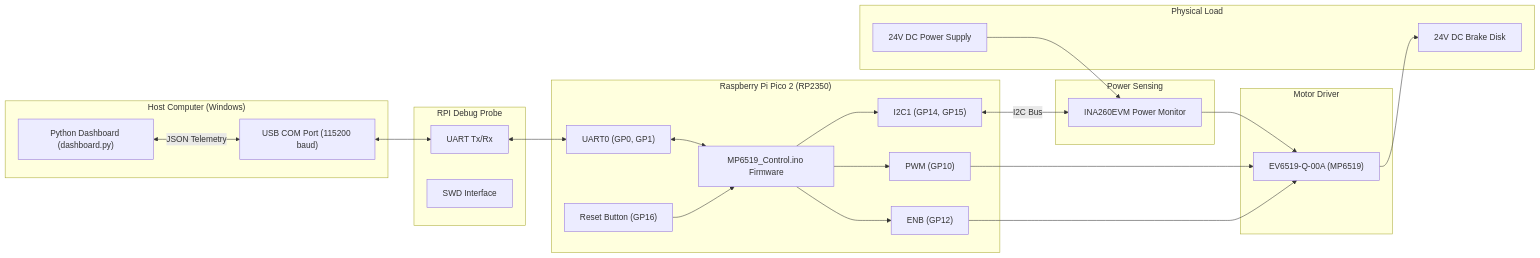
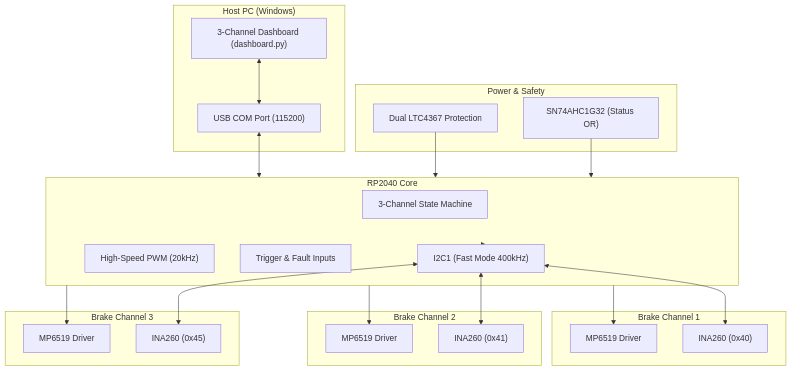
Before and after one commit to Karthick-Stratus/MP6519: the diagram in System_Architecture.md, drawn with Mermaid. The commit also changed other lines of this file and 6 other files, not shown here.

````diff
--- a/System_Architecture.md
+++ b/System_Architecture.md
@@ -8,50 +8,42 @@
 ```mermaid
-graph LR
-    subgraph PC["Host Computer (Windows)"]
-        GUI["Python Dashboard (dashboard.py)"]
-        Serial["USB COM Port (115200 baud)"]
-        GUI <-->|JSON Telemetry| Serial
+graph TD
+    subgraph Host["Host PC (Windows)"]
+        GUI["3-Channel Dashboard (dashboard.py)"]
+        Serial["USB COM Port (115200)"]
     end
 
-    subgraph Debugger["RPI Debug Probe"]
-        D_UART["UART Tx/Rx"]
-        D_SWD["SWD Interface"]
-        Serial <--> D_UART
+    subgraph MCU["RP2040 Core"]
+        Logic["3-Channel State Machine"]
+        I2C1["I2C1 (Fast Mode 400kHz)"]
+        PWM["High-Speed PWM (20kHz)"]
+        Inputs["Trigger & Fault Inputs"]
     end
 
-    subgraph Pico["Raspberry Pi Pico 2 (RP2350)"]
-        Fw["MP6519_Control.ino Firmware"]
-        UART0["UART0 (GP0, GP1)"]
-        I2C1["I2C1 (GP14, GP15)"]
-        PWM_OUT["PWM (GP10)"]
-        ENB_OUT["ENB (GP12)"]
-        BTN["Reset Button (GP16)"]
-        
-        UART0 <--> Fw
-        Fw --> I2C1
-        Fw --> PWM_OUT
-        Fw --> ENB_OUT
-        BTN --> Fw
+    subgraph Protection["Power & Safety"]
+        LTC["Dual LTC4367 Protection"]
+        PWR_OK["SN74AHC1G32 (Status OR)"]
     end
 
-    subgraph Sensors["Power Sensing"]
-        INA260["INA260EVM Power Monitor"]
-        I2C1 <-->|I2C Bus| INA260
+    subgraph B1["Brake Channel 1"]
+        D1["MP6519 Driver"]
+        S1["INA260 (0x40)"]
     end
 
-    subgraph Driver["Motor Driver"]
-        MP6519["EV6519-Q-00A (MP6519)"]
-        PWM_OUT --> MP6519
-        ENB_OUT --> MP6519
+    subgraph B2["Brake Channel 2"]
+        D2["MP6519 Driver"]
+        S2["INA260 (0x41)"]
     end
 
-    subgraph Load["Physical Load"]
-        Brake["24V DC Brake Disk"]
-        Supply["24V DC Power Supply"]
-        MP6519 --> Brake
-        Supply --> INA260
-        INA260 --> MP6519
+    subgraph B3["Brake Channel 3"]
+        D3["MP6519 Driver"]
+        S3["INA260 (0x45)"]
     end
 
-    D_UART <--> UART0
+    GUI <--> Serial
+    Serial <--> MCU
+    MCU --> I2C1
+    I2C1 <--> S1 & S2 & S3
+    MCU --> D1 & D2 & D3
+    LTC --> MCU
+    PWR_OK --> MCU
 ```
````
